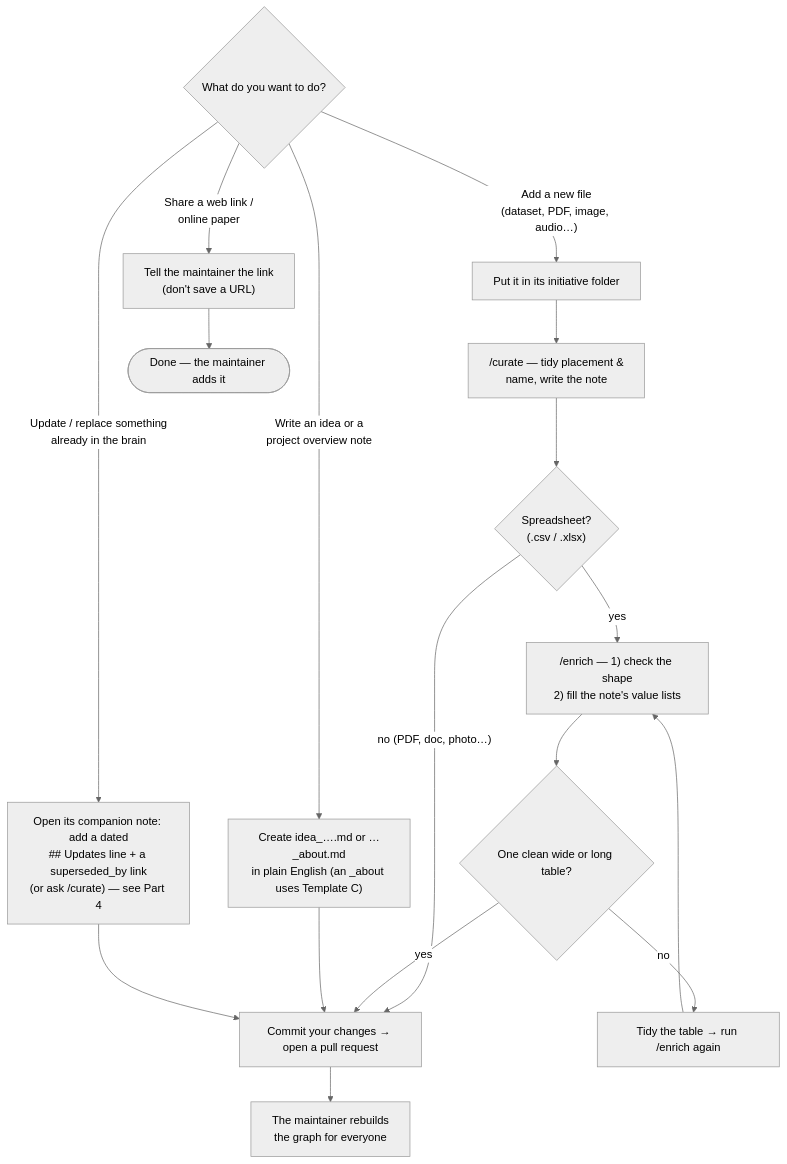
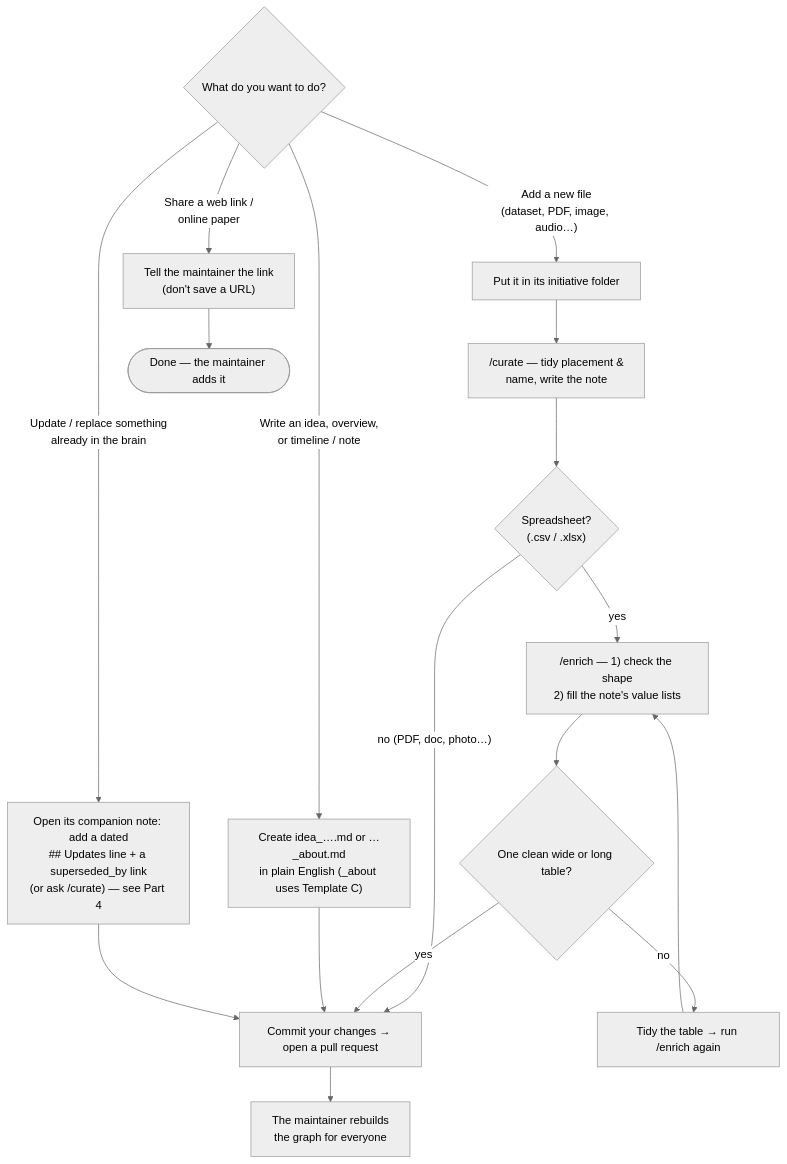
Before and after one commit to WorldFishCenter/WDB: the diagram in USER_GUIDE.md, drawn with Mermaid (neutral theme). The commit also changed other lines of this file and 47 other files, not shown here.

````diff
--- a/USER_GUIDE.md
+++ b/USER_GUIDE.md
@@ -71,21 +71,21 @@
 ```mermaid
 flowchart TD
   S{"What do you want to do?"}
   S -- "Add a new file<br/>(dataset, PDF, image, audio…)" --> A[Put it in its initiative folder]
-  S -- "Write an idea or a<br/>project overview note" --> N["Create idea_….md or …_about.md<br/>in plain English (an _about uses Template C)"]
+  S -- "Write an idea, overview,<br/>or timeline / note" --> N["Create idea_….md or …_about.md<br/>in plain English (_about uses Template C)"]
   S -- "Share a web link /<br/>online paper" --> L["Tell the maintainer the link<br/>(don't save a URL)"]
   S -- "Update / replace something<br/>already in the brain" --> U["Open its companion note: add a dated<br/>## Updates line + a superseded_by link<br/>(or ask /curate) — see Part 4"]
 
   A --> B["/curate — tidy placement &<br/>name, write the note"]
   B --> C{"Spreadsheet?<br/>(.csv / .xlsx)"}
   C -- "no (PDF, doc, photo…)" --> G[Commit your changes → open a pull request]
   C -- "yes" --> D["/enrich — 1) check the shape<br/>2) fill the note's value lists"]
   D --> E{One clean wide or long table?}
   E -- "no" --> F[Tidy the table → run /enrich again]
   F --> D
   E -- "yes" --> G
   N --> G
   U --> G
   L --> Z([Done — the maintainer adds it])
   G --> H["The maintainer rebuilds<br/>the graph for everyone"]
 ```
````
